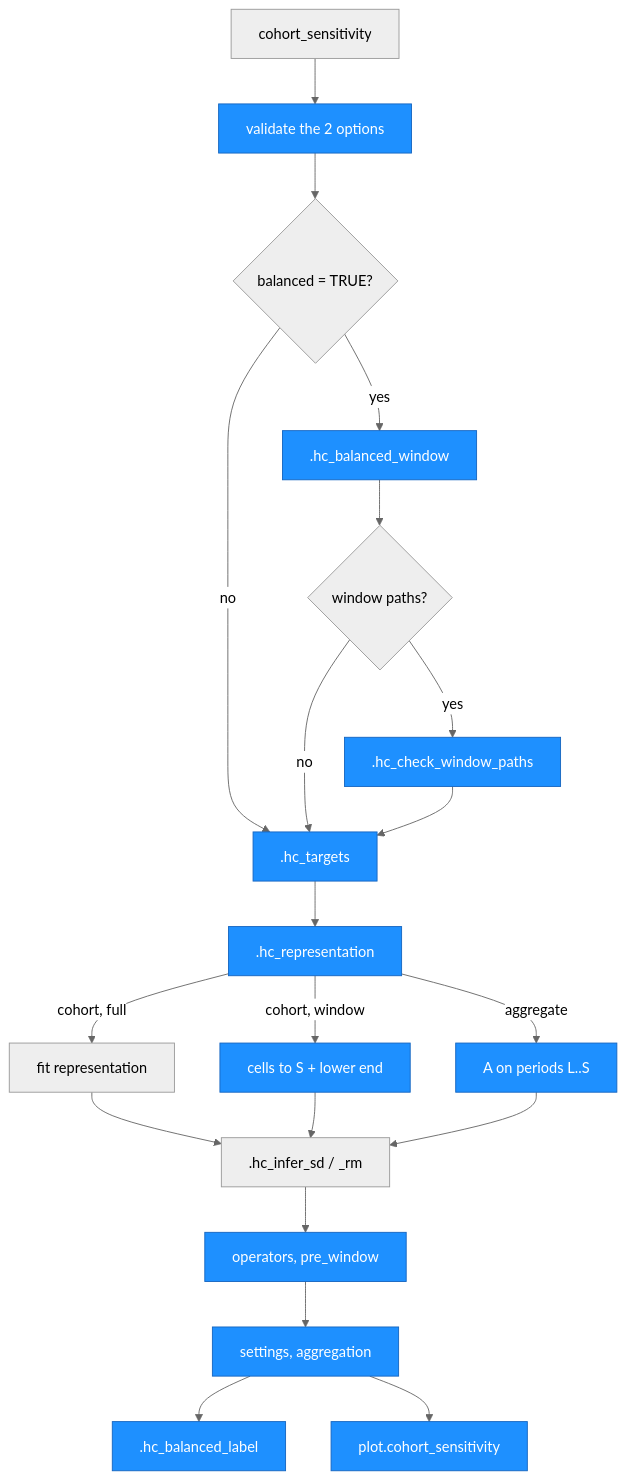
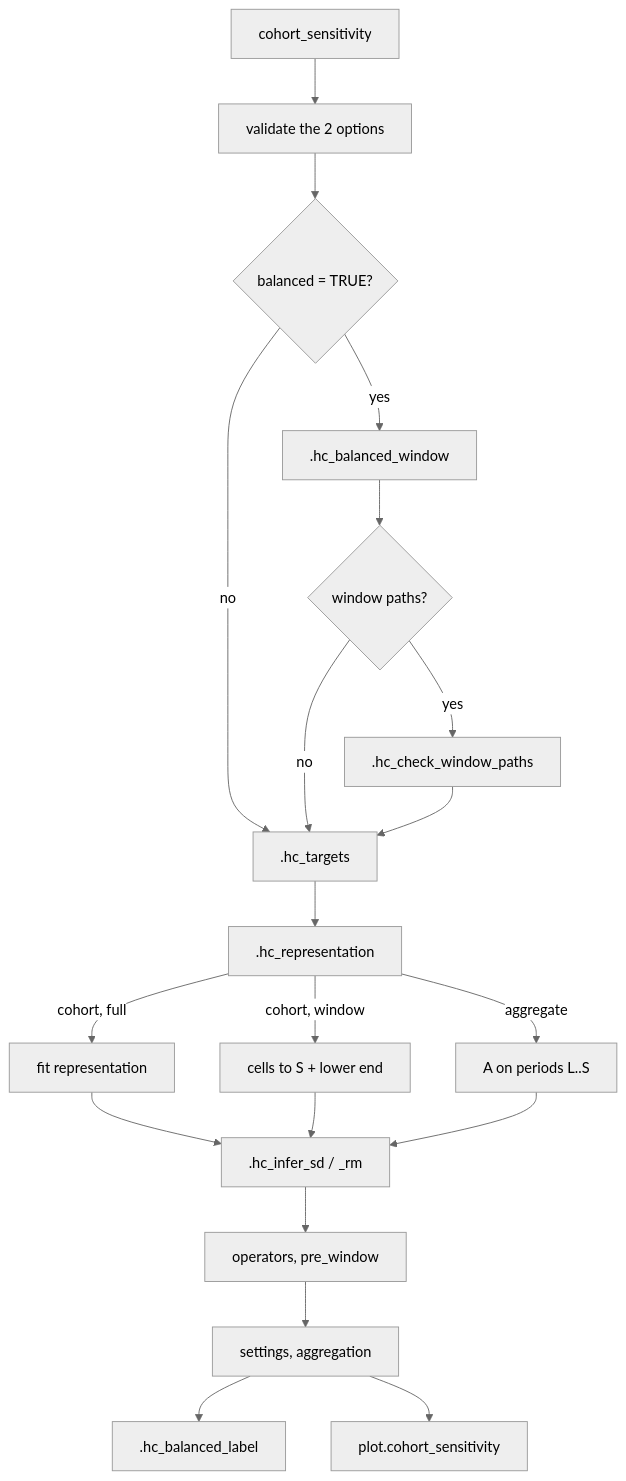
One commit to lzy318/CohortHonestDiD changed the fourth of 8 diagrams in Architecture.md. Above: the diagram before and after it, drawn with Mermaid. The commit also changed other lines of this file and 7 other files, not shown here.

````diff
--- a/Architecture.md
+++ b/Architecture.md
@@ -342,34 +302,23 @@
 ```mermaid
 %%{init: {'theme': 'neutral'}}%%
 graph TD
     Sens["cohort_sensitivity"] --> Valid["validate the 2 options"]
     Valid --> Bal{"balanced = TRUE?"}
     Bal -- yes --> Win[".hc_balanced_window"]
     Win --> WP{"window paths?"}
     WP -- yes --> Check[".hc_check_window_paths"]
     Bal -- no --> Targets[".hc_targets"]
     WP -- no --> Targets
     Check --> Targets
     Targets --> Rep[".hc_representation"]
     Rep -- cohort, full --> Full["fit representation"]
     Rep -- cohort, window --> Trunc["cells to S + lower end"]
     Rep -- aggregate --> Agg["A on periods L..S"]
     Full --> Infer[".hc_infer_sd / _rm"]
     Trunc --> Infer
     Agg --> Infer
     Infer --> Ops["operators, pre_window"]
     Ops --> Out["settings, aggregation"]
     Out --> BLabel[".hc_balanced_label"]
     Out --> Plot["plot.cohort_sensitivity"]
-    style Valid fill:#1e90ff,stroke:#1565c0,color:#fff
-    style Win fill:#1e90ff,stroke:#1565c0,color:#fff
-    style Check fill:#1e90ff,stroke:#1565c0,color:#fff
-    style Targets fill:#1e90ff,stroke:#1565c0,color:#fff
-    style Rep fill:#1e90ff,stroke:#1565c0,color:#fff
-    style Trunc fill:#1e90ff,stroke:#1565c0,color:#fff
-    style Agg fill:#1e90ff,stroke:#1565c0,color:#fff
-    style Ops fill:#1e90ff,stroke:#1565c0,color:#fff
-    style Out fill:#1e90ff,stroke:#1565c0,color:#fff
-    style BLabel fill:#1e90ff,stroke:#1565c0,color:#fff
-    style Plot fill:#1e90ff,stroke:#1565c0,color:#fff
 ```
````
